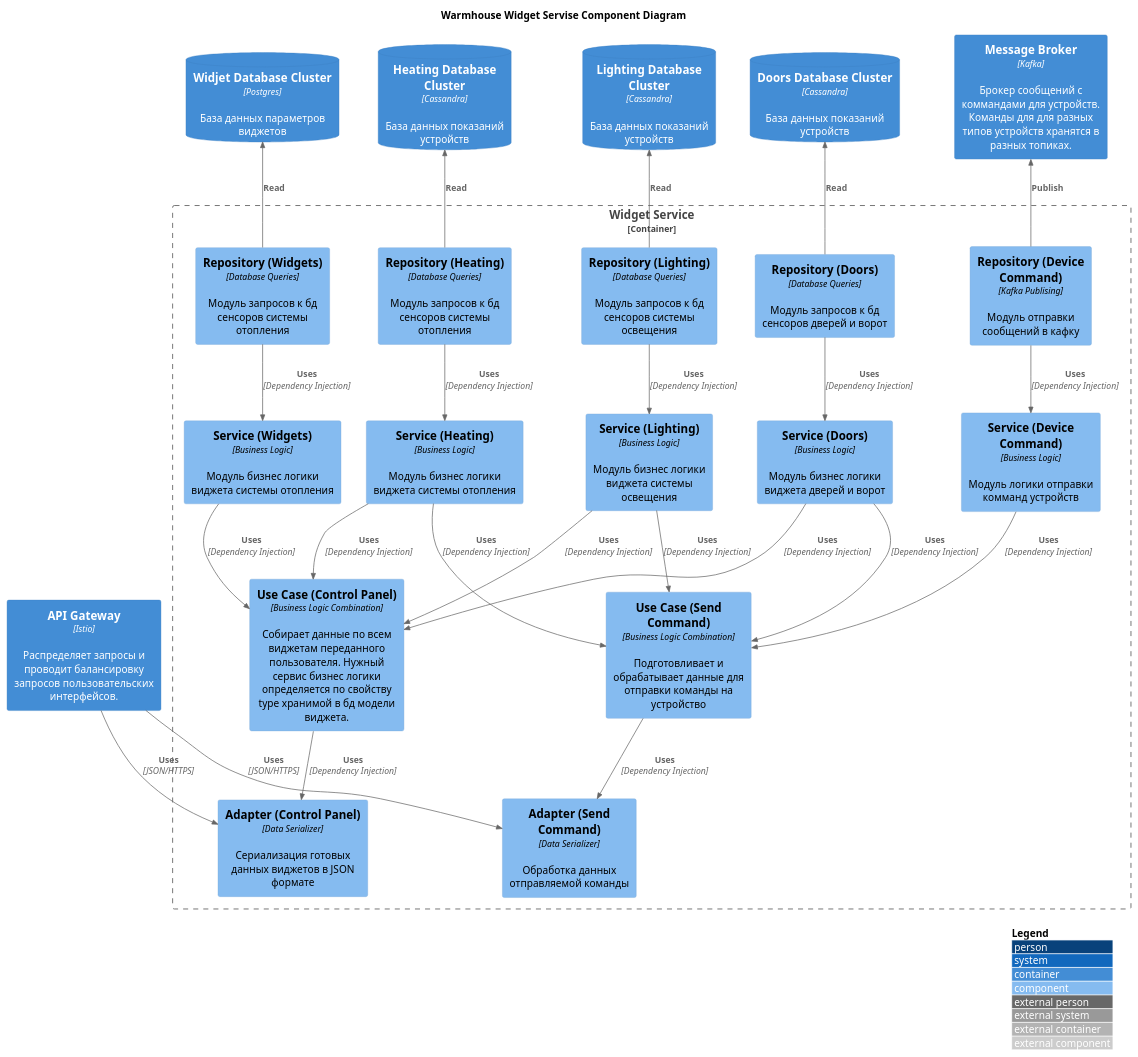
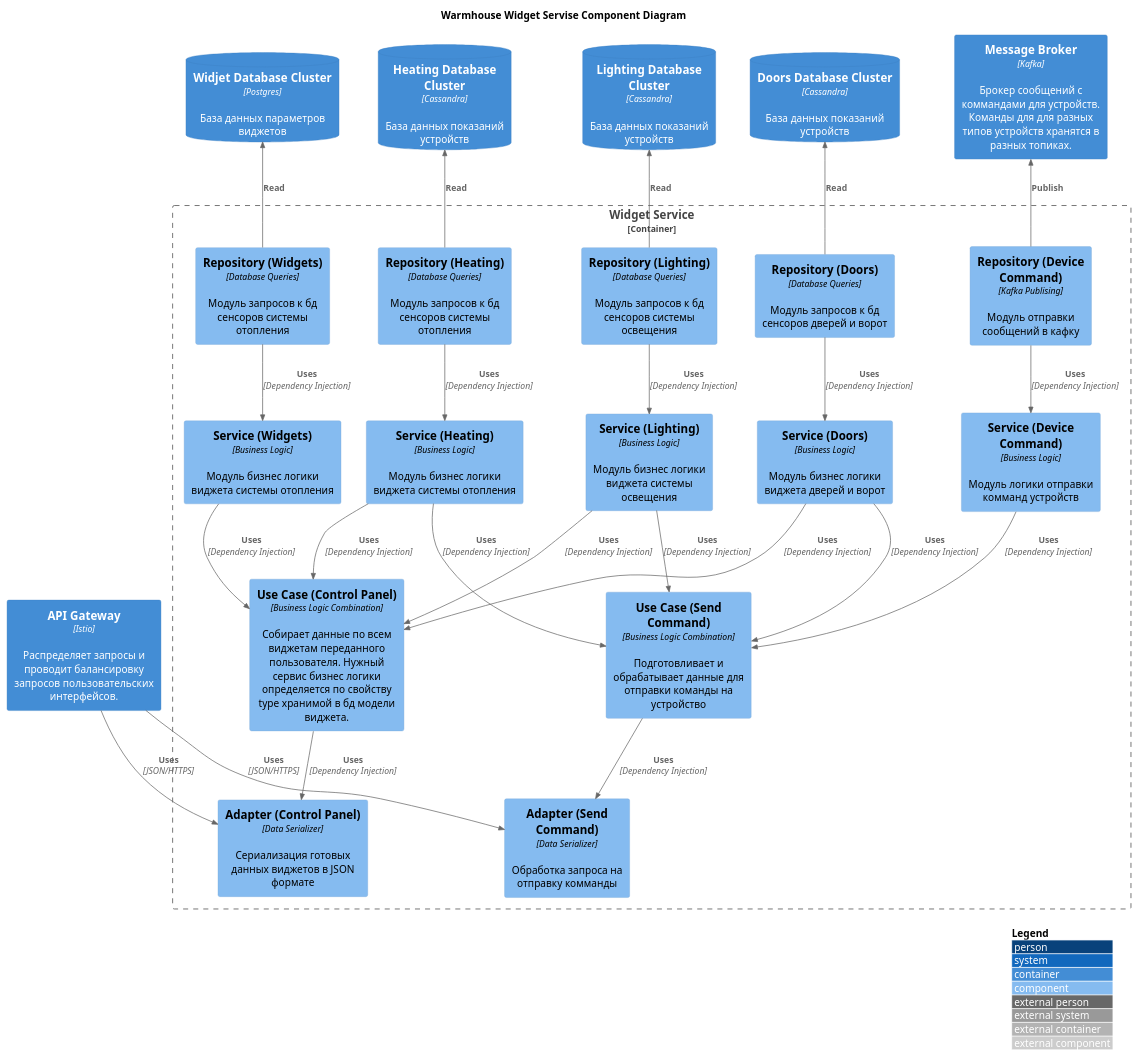
One commit to AlexanderSkySych/architecture-sprint-3 changed the diagram in dock/task_1/2_components/warmhouse_component.puml. Above: the diagram before and after it, drawn with PlantUML. The commit also changed 2 other files, not shown here.

Commit message:
Add Sequence Diagram

```diff
--- a/dock/task_1/2_components/warmhouse_component.puml
+++ b/dock/task_1/2_components/warmhouse_component.puml
@@ -1,64 +1,64 @@
 @startuml
 !include C4_Component.puml
 
 LAYOUT_WITH_LEGEND()
 
 title Warmhouse Widget Servise Component Diagram
 
 Container(api_gateway_app, "API Gateway", "Istio", "Распределяет запросы и проводит балансировку запросов пользовательских интерфейсов.")
     
 Container_Boundary(service_panel, "Widget Service") {
     Component(layer_adapter_panel, "Adapter (Control Panel)", "Data Serializer", "Сериализация готовых данных виджетов в JSON формате")
-    Component(layer_adapter_command, "Adapter (Send Command)", "Data Serializer", "Обработка данных отправляемой команды")
+    Component(layer_adapter_command, "Adapter (Send Command)", "Data Serializer", "Обработка запроса на отправку комманды")
 
     Component(layer_usecase_panel, "Use Case (Control Panel)" ,"Business Logic Combination" ,"Собирает данные по всем виджетам переданного пользователя. Нужный сервис бизнес логики определяется по свойству type хранимой в бд модели виджета.")
     Component(layer_usecase_command, "Use Case (Send Command)" ,"Business Logic Combination" ,"Подготовливает и обрабатывает данные для отправки команды на устройство")
 
     Component(layer_service_widgets, "Service (Widgets)" ,"Business Logic" ,"Модуль бизнес логики виджета системы отопления")
     Component(layer_service_heating, "Service (Heating)" ,"Business Logic" ,"Модуль бизнес логики виджета системы отопления")
     Component(layer_service_lighting, "Service (Lighting)" ,"Business Logic" ,"Модуль бизнес логики виджета системы освещения")
     Component(layer_service_door, "Service (Doors)" ,"Business Logic", "Модуль бизнес логики виджета дверей и ворот")
     Component(layer_service_command, "Service (Device Command)" ,"Business Logic", "Модуль логики отправки комманд устройств")
 
     Component(layer_repository_widgets, "Repository (Widgets)" ,"Database Queries" ,"Модуль запросов к бд сенсоров системы отопления")
     Component(layer_repository_heating, "Repository (Heating)" ,"Database Queries" ,"Модуль запросов к бд сенсоров системы отопления")
     Component(layer_repository_lighting, "Repository (Lighting)" ,"Database Queries" ,"Модуль запросов к бд сенсоров системы освещения")
     Component(layer_repository_door, "Repository (Doors)" ,"Database Queries" ,"Модуль запросов к бд сенсоров дверей и ворот")
     Component(layer_repository_command, "Repository (Device Command)" ,"Kafka Publising" ,"Модуль отправки сообщений в кафку")
 }
 
 Container(queue_commands, "Message Broker", "Kafka", "Брокер сообщений с коммандами для устройств. Команды для для разных типов устройств хранятся в разных топиках.", $tags = "storage")
 ContainerDb(database_widgets, "Widjet Database Cluster", "Postgres", "База данных параметров виджетов", $tags = "storage")
 ContainerDb(database_reciever_heating, "Heating Database Cluster", "Cassandra", "База данных показаний устройств", $tags = "storage")
 ContainerDb(database_reciever_lighting, "Lighting Database Cluster", "Cassandra", "База данных показаний устройств", $tags = "storage")
 ContainerDb(database_reciever_door, "Doors Database Cluster", "Cassandra", "База данных показаний устройств", $tags = "storage")
 
 Rel(api_gateway_app, layer_adapter_panel, "Uses", "JSON/HTTPS")
 Rel(api_gateway_app, layer_adapter_command, "Uses", "JSON/HTTPS")
 
 Rel(layer_usecase_panel, layer_adapter_panel, "Uses", "Dependency Injection")
 Rel(layer_usecase_command, layer_adapter_command, "Uses", "Dependency Injection")
 
 Rel(layer_service_widgets, layer_usecase_panel, "Uses", "Dependency Injection")
 Rel(layer_service_heating, layer_usecase_panel, "Uses", "Dependency Injection")
 Rel(layer_service_lighting, layer_usecase_panel, "Uses", "Dependency Injection")
 Rel(layer_service_door, layer_usecase_panel, "Uses", "Dependency Injection")
 
 Rel(layer_service_heating, layer_usecase_command, "Uses", "Dependency Injection")
 Rel(layer_service_lighting, layer_usecase_command, "Uses", "Dependency Injection")
 Rel(layer_service_door, layer_usecase_command, "Uses", "Dependency Injection")
 Rel(layer_service_command, layer_usecase_command, "Uses", "Dependency Injection")
 
 Rel(layer_repository_widgets, layer_service_widgets, "Uses", "Dependency Injection")
 Rel(layer_repository_heating, layer_service_heating, "Uses", "Dependency Injection")
 Rel(layer_repository_lighting, layer_service_lighting, "Uses", "Dependency Injection")
 Rel(layer_repository_door, layer_service_door, "Uses", "Dependency Injection")
 Rel(layer_repository_command, layer_service_command, "Uses", "Dependency Injection")
 
 Rel_Back(database_widgets, layer_repository_widgets, "Read")
 Rel_Back(database_reciever_heating, layer_repository_heating, "Read")
 Rel_Back(database_reciever_lighting, layer_repository_lighting, "Read")
 Rel_Back(database_reciever_door, layer_repository_door, "Read")
 Rel_Back(queue_commands, layer_repository_command, "Publish")
 
 @enduml
```
